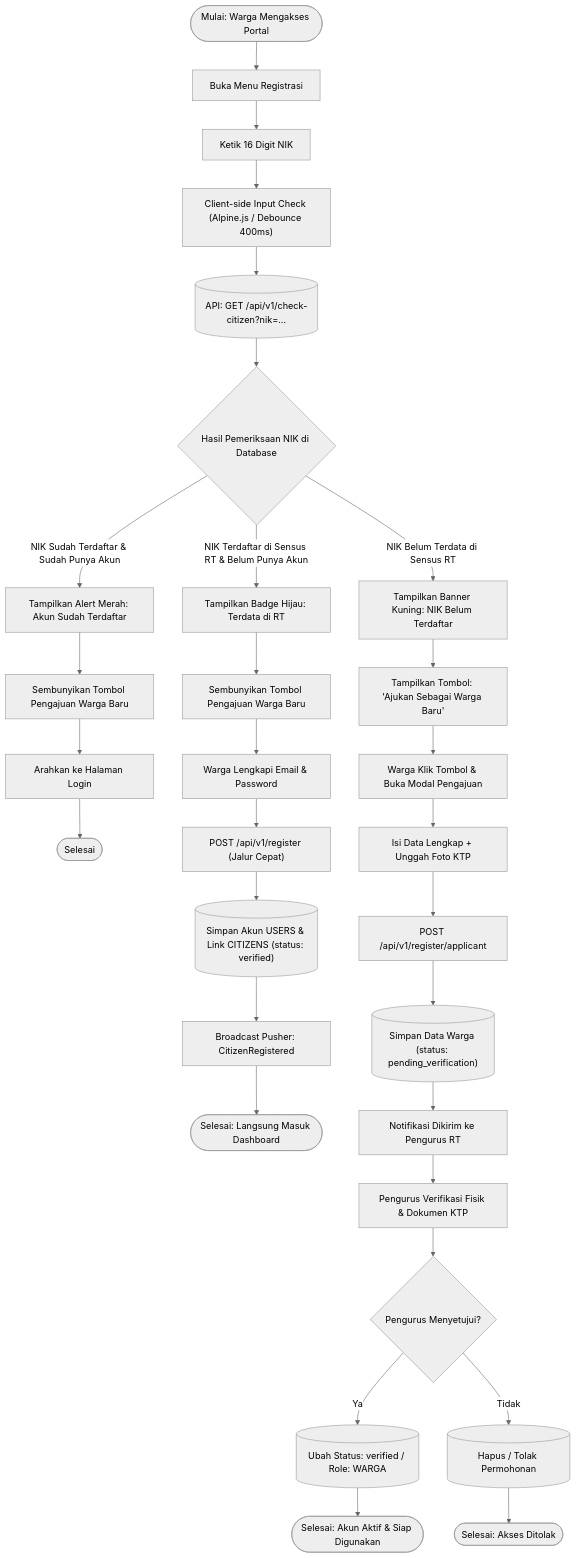
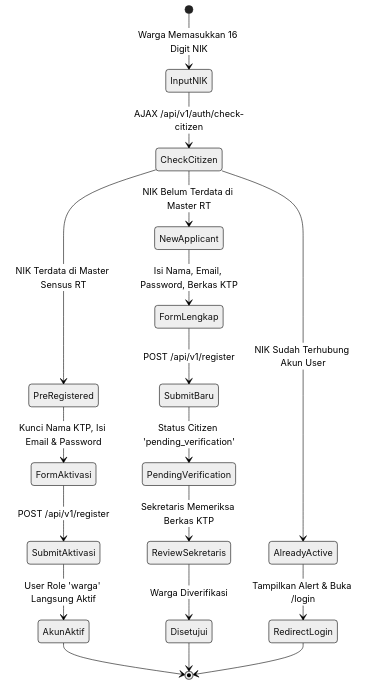
Before and after one commit to not162/platform-layanan-publik-warga: the third of 6 diagrams in README.md, drawn with Mermaid (neutral theme). The commit also changed other lines of this file and 17 other files, not shown here.

````diff
--- a/README.md
+++ b/README.md
@@ -516,38 +242,25 @@
 ```mermaid
-flowchart TD
-    Start(["Mulai: Warga Mengakses Portal"]) --> A1["Buka Menu Registrasi"]
-    A1 --> A2["Ketik 16 Digit NIK"]
-    A2 --> A3["Client-side Input Check (Alpine.js / Debounce 400ms)"]
-    A3 --> A4[("API: GET /api/v1/check-citizen?nik=...")]
+stateDiagram-v2
+    [*] --> InputNIK: Warga Memasukkan 16 Digit NIK
+    InputNIK --> CheckCitizen: AJAX /api/v1/auth/check-citizen
     
-    A4 --> DecisionNIK{"Hasil Pemeriksaan NIK di Database"}
+    CheckCitizen --> PreRegistered: NIK Terdata di Master Sensus RT
+    CheckCitizen --> NewApplicant: NIK Belum Terdata di Master RT
+    CheckCitizen --> AlreadyActive: NIK Sudah Terhubung Akun User
+
+    AlreadyActive --> RedirectLogin: Tampilkan Alert & Buka /login
     
-    DecisionNIK -- "NIK Sudah Terdaftar & Sudah Punya Akun" --> E1["Tampilkan Alert Merah: Akun Sudah Terdaftar"]
-    E1 --> E1A["Sembunyikan Tombol Pengajuan Warga Baru"]
-    E1A --> E1B["Arahkan ke Halaman Login"]
-    E1B --> EndGagal(["Selesai"])
+    PreRegistered --> FormAktivasi: Kunci Nama KTP, Isi Email & Password
+    FormAktivasi --> SubmitAktivasi: POST /api/v1/register
+    SubmitAktivasi --> AkunAktif: User Role 'warga' Langsung Aktif
 
-    DecisionNIK -- "NIK Terdaftar di Sensus RT & Belum Punya Akun" --> B1["Tampilkan Badge Hijau: Terdata di RT"]
-    B1 --> B2["Sembunyikan Tombol Pengajuan Warga Baru"]
-    B2 --> B3["Warga Lengkapi Email & Password"]
-    B3 --> B4["POST /api/v1/register (Jalur Cepat)"]
-    B4 --> B5[("Simpan Akun USERS & Link CITIZENS (status: verified)")]
-    B5 --> B6["Broadcast Pusher: CitizenRegistered"]
-    B6 --> EndSukses1(["Selesai: Langsung Masuk Dashboard"])
-
-    DecisionNIK -- "NIK Belum Terdata di Sensus RT" --> C1["Tampilkan Banner Kuning: NIK Belum Terdaftar"]
-    C1 --> C2["Tampilkan Tombol: 'Ajukan Sebagai Warga Baru'"]
-    C2 --> C3["Warga Klik Tombol & Buka Modal Pengajuan"]
-    C3 --> C4["Isi Data Lengkap + Unggah Foto KTP"]
-    C4 --> C5["POST /api/v1/register/applicant"]
-    C5 --> C6[("Simpan Data Warga (status: pending_verification)")]
-    C6 --> C7["Notifikasi Dikirim ke Pengurus RT"]
-    C7 --> C8["Pengurus Verifikasi Fisik & Dokumen KTP"]
-    C8 --> DecisionApprove{"Pengurus Menyetujui?"}
+    NewApplicant --> FormLengkap: Isi Nama, Email, Password, Berkas KTP
+    FormLengkap --> SubmitBaru: POST /api/v1/register
+    SubmitBaru --> PendingVerification: Status Citizen 'pending_verification'
+    PendingVerification --> ReviewSekretaris: Sekretaris Memeriksa Berkas KTP
+    ReviewSekretaris --> Disetujui: Warga Diverifikasi
     
-    DecisionApprove -- "Ya" --> D1[("Ubah Status: verified / Role: WARGA")]
-    D1 --> EndSukses2(["Selesai: Akun Aktif & Siap Digunakan"])
-    
-    DecisionApprove -- "Tidak" --> D2[("Hapus / Tolak Permohonan")]
-    D2 --> EndTolak(["Selesai: Akses Ditolak"])
+    AkunAktif --> [*]
+    Disetujui --> [*]
+    RedirectLogin --> [*]
 ```
````
